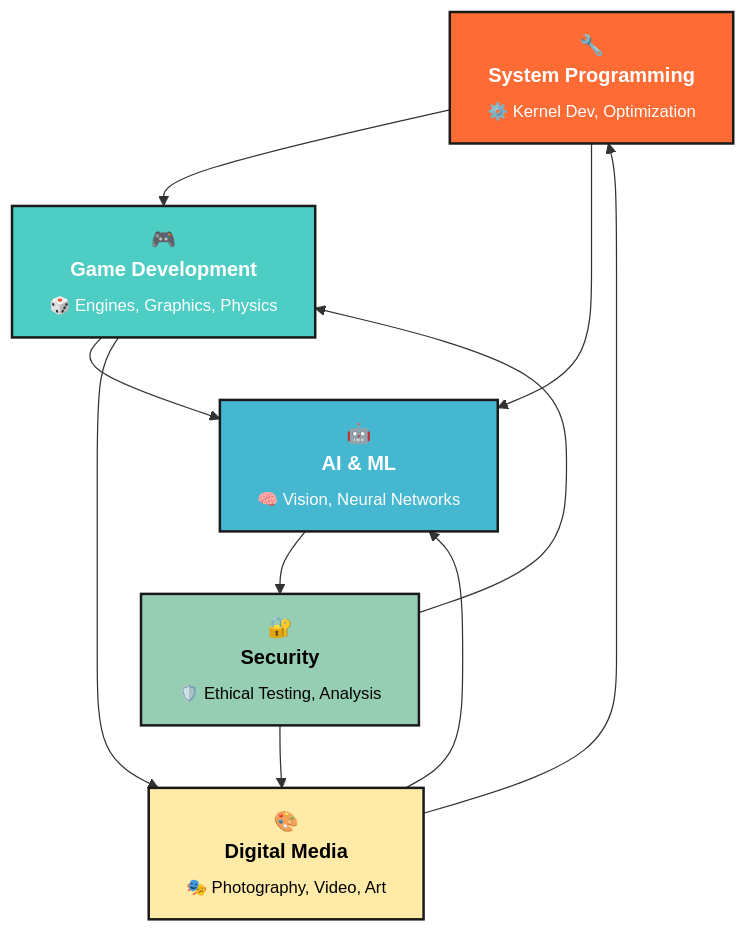
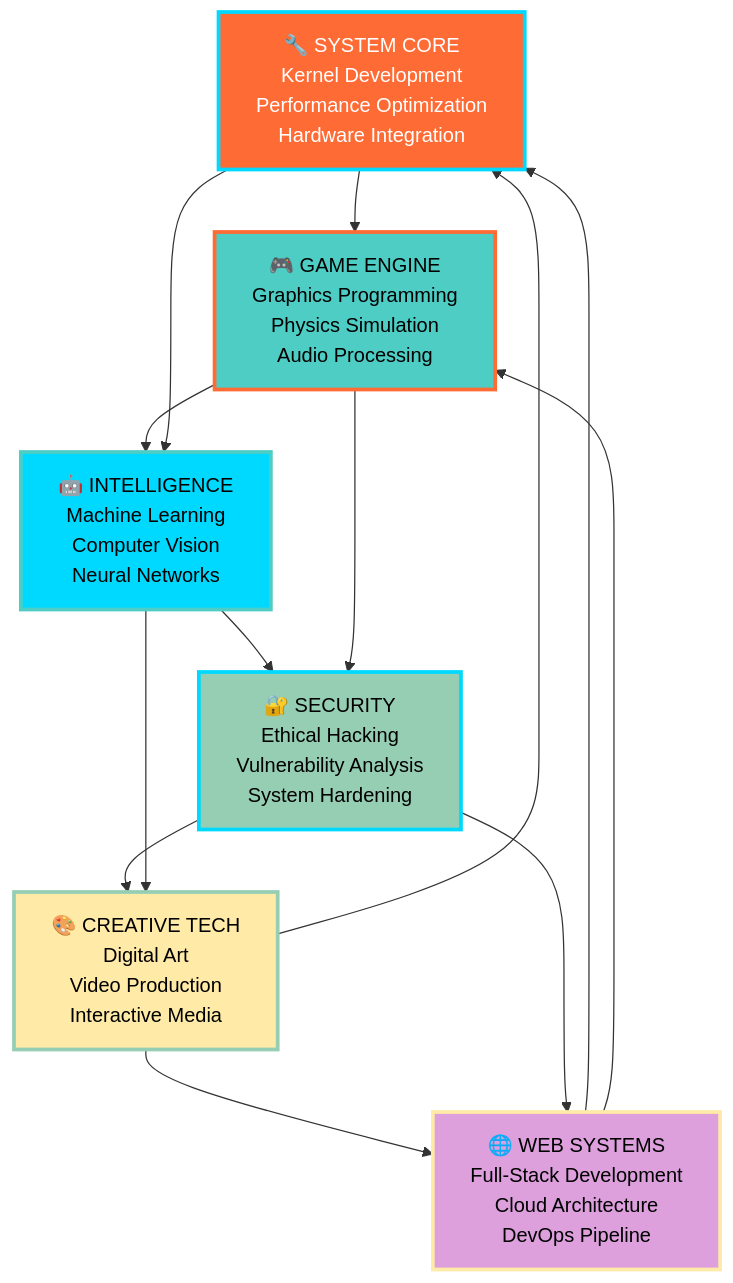
The diagram in README.md (TechnoAdams/TechnoAdams), drawn with Mermaid before and after one commit. The commit also changed other lines of this file, not shown here.

````diff
--- a/README.md
+++ b/README.md
@@ -171,28 +257,35 @@
 ```mermaid
-graph TD
-    System["🔧<br><b>System Programming</b><br><sub>⚙️ Kernel Dev, Optimization</sub>"]:::core
-    Gaming["🎮<br><b>Game Development</b><br><sub>🎲 Engines, Graphics, Physics</sub>"]:::tech
-    Intelligence["🤖<br><b>AI & ML</b><br><sub>🧠 Vision, Neural Networks</sub>"]:::ml
-    Security["🔐<br><b>Security</b><br><sub>🛡️ Ethical Testing, Analysis</sub>"]:::security
-    Creative["🎨<br><b>Digital Media</b><br><sub>🎭 Photography, Video, Art</sub>"]:::creative
+graph TB
+    Core["🔧 SYSTEM CORE<br/>Kernel Development<br/>Performance Optimization<br/>Hardware Integration"]:::core
+    
+    Gaming["🎮 GAME ENGINE<br/>Graphics Programming<br/>Physics Simulation<br/>Audio Processing"]:::gaming
+    
+    AI["🤖 INTELLIGENCE<br/>Machine Learning<br/>Computer Vision<br/>Neural Networks"]:::ai
+    
+    Security["🔐 SECURITY<br/>Ethical Hacking<br/>Vulnerability Analysis<br/>System Hardening"]:::security
+    
+    Creative["🎨 CREATIVE TECH<br/>Digital Art<br/>Video Production<br/>Interactive Media"]:::creative
+    
+    Web["🌐 WEB SYSTEMS<br/>Full-Stack Development<br/>Cloud Architecture<br/>DevOps Pipeline"]:::web
 
-    %% Circular connections
-    System --> Gaming
-    Gaming --> Intelligence
-    Intelligence --> Security
+    Core --> Gaming
+    Gaming --> AI
+    AI --> Security
     Security --> Creative
-    Creative --> System
+    Creative --> Web
+    Web --> Core
+    
+    Core --> AI
+    Gaming --> Security
+    AI --> Creative
+    Security --> Web
+    Creative --> Core
+    Web --> Gaming
 
-    %% Cross-links
-    System --> Intelligence
-    Gaming --> Creative
-    Security --> Gaming
-    Creative --> Intelligence
-
-    %% Styles
-    classDef core fill:#FF6B35,stroke:#1a1a1a,color:#fff,stroke-width:2px
-    classDef tech fill:#4ECDC4,stroke:#1a1a1a,color:#fff,stroke-width:2px
-    classDef ml fill:#45B7D1,stroke:#1a1a1a,color:#fff,stroke-width:2px
-    classDef security fill:#96CEB4,stroke:#1a1a1a,color:#000,stroke-width:2px
-    classDef creative fill:#FFEAA7,stroke:#1a1a1a,color:#000,stroke-width:2px
+    classDef core fill:#FF6B35,stroke:#00D9FF,stroke-width:3px,color:#fff
+    classDef gaming fill:#4ECDC4,stroke:#FF6B35,stroke-width:3px,color:#000
+    classDef ai fill:#00D9FF,stroke:#4ECDC4,stroke-width:3px,color:#000
+    classDef security fill:#96CEB4,stroke:#00D9FF,stroke-width:3px,color:#000
+    classDef creative fill:#FFEAA7,stroke:#96CEB4,stroke-width:3px,color:#000
+    classDef web fill:#DDA0DD,stroke:#FFEAA7,stroke-width:3px,color:#000
 ```
````
